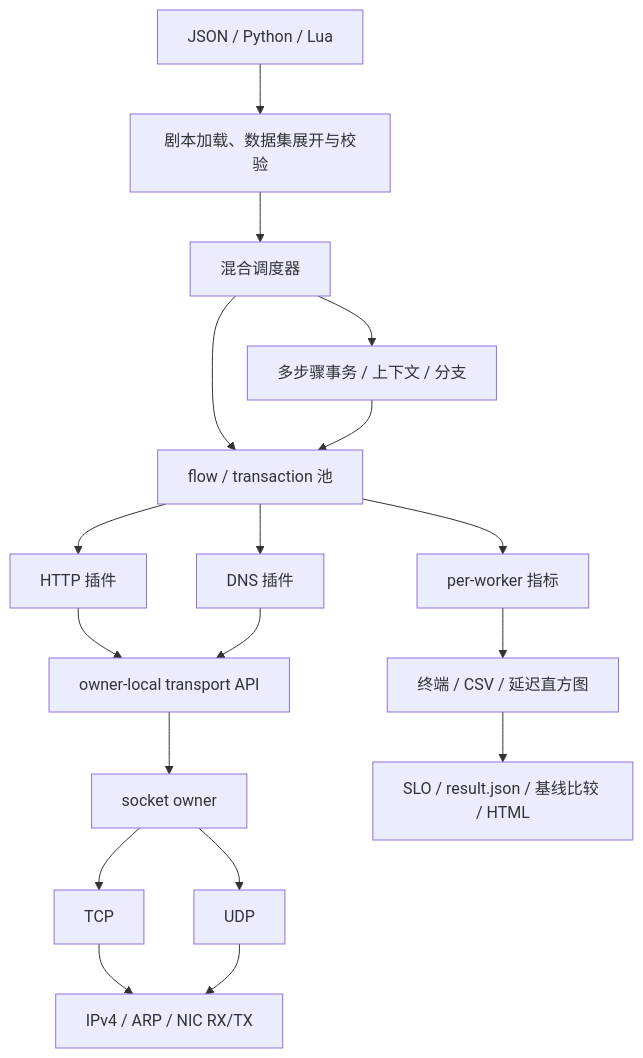
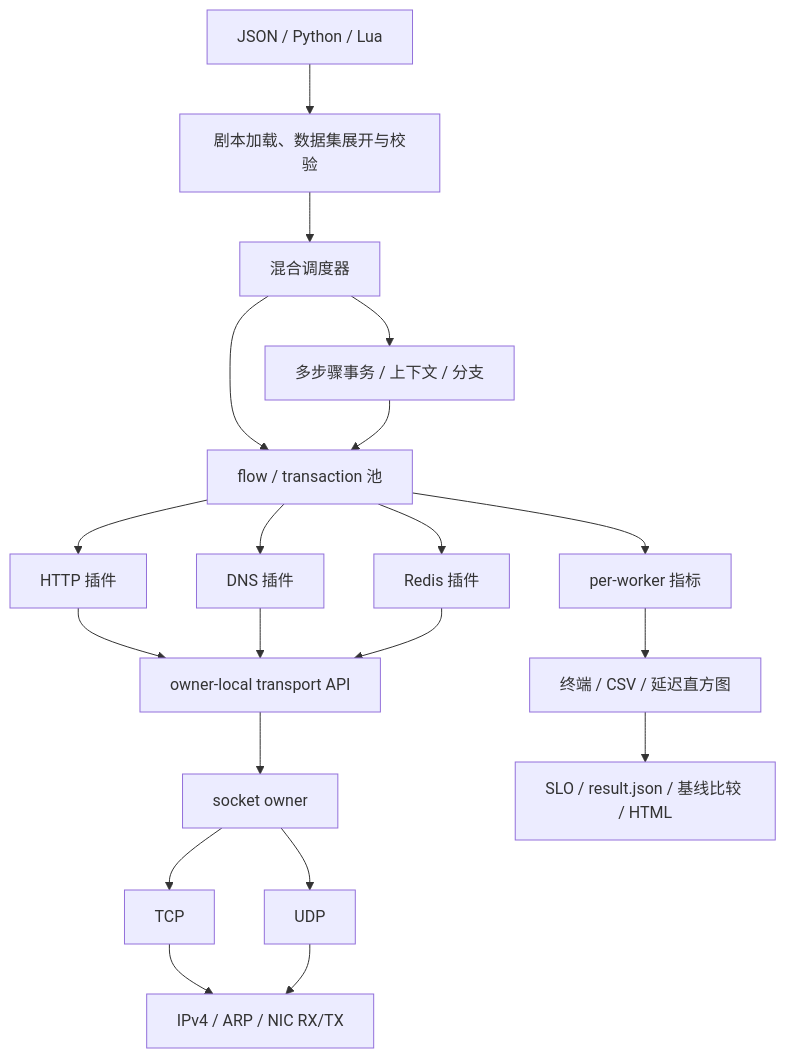
One commit to john2-ui/SnowTG changed the first of 2 diagrams in docs/TODO.md. Above: the diagram before and after it, drawn with Mermaid. The commit also changed other lines of this file and 29 other files, not shown here.

````diff
--- a/docs/TODO.md
+++ b/docs/TODO.md
@@ -88,20 +88,22 @@
 ```mermaid
 flowchart TB
     Scenario["JSON / Python / Lua"] --> Loader["剧本加载、数据集展开与校验"]
     Loader --> Scheduler["混合调度器"]
     Scheduler --> Flow["flow / transaction 池"]
     Flow --> HTTP["HTTP 插件"]
     Flow --> DNS["DNS 插件"]
+    Flow --> Redis["Redis 插件"]
     Scheduler --> Workflow["多步骤事务 / 上下文 / 分支"]
     Workflow --> Flow
     HTTP --> OwnerIO["owner-local transport API"]
     DNS --> OwnerIO
+    Redis --> OwnerIO
     OwnerIO --> Socket["socket owner"]
     Socket --> TCP
     Socket --> UDP
     TCP --> IP["IPv4 / ARP / NIC RX/TX"]
     UDP --> IP
     Flow --> Stats["per-worker 指标"]
     Stats --> CSV["终端 / CSV / 延迟直方图"]
     CSV --> Report["SLO / result.json / 基线比较 / HTML"]
 ```
````
